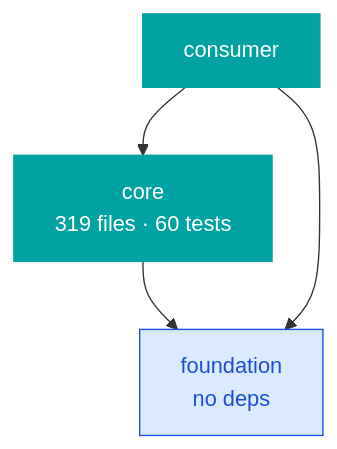
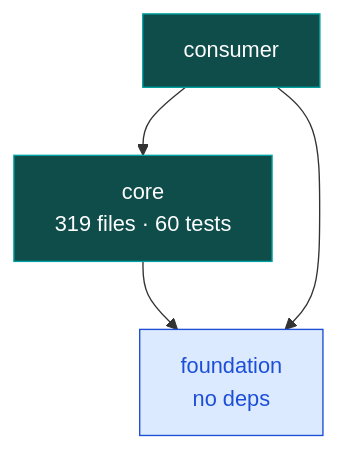
The third of 6 diagrams in templates/knowledge-summary/mermaid-examples.md (AndreVianna/aid-methodology), drawn with Mermaid before and after one commit. The commit also changed other lines of this file and 59 other files, not shown here.

````diff
--- a/templates/knowledge-summary/mermaid-examples.md
+++ b/templates/knowledge-summary/mermaid-examples.md
@@ -49,13 +49,13 @@
 ```mermaid
 graph TD
     classDef base fill:#DBEAFE,stroke:#1D4ED8,color:#1D4ED8;
-    classDef core fill:#00A3A1,stroke:#00A3A1,color:#fff;
+    classDef core fill:#0E4D4A,stroke:#00A3A1,color:#fff;
 
     foundation["foundation<br/>no deps"]:::base
     core["core<br/>319 files · 60 tests"]:::core
     consumer["consumer"]:::core
 
     core --> foundation
     consumer --> core
     consumer --> foundation
 ```
````
